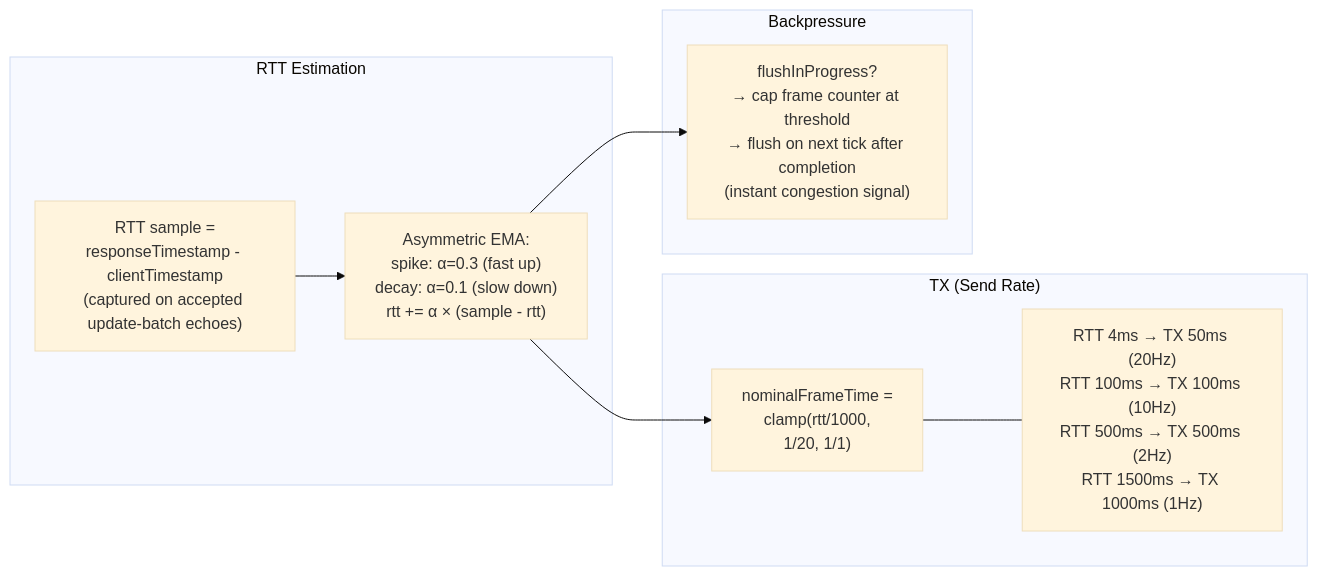
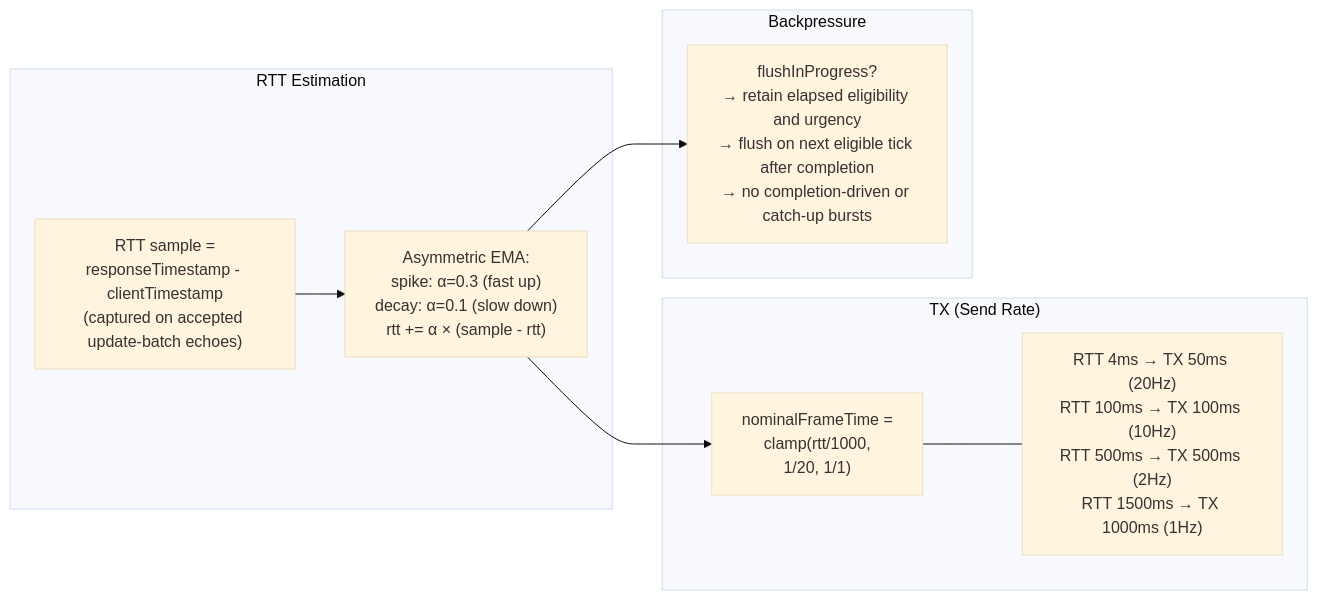
Before and after one commit to badvoidstar/astervoids: diagram 22 of 36 in ARCHITECTURE.md, drawn with Mermaid (base theme). The commit also changed other lines of this file and 29 other files, not shown here.

````diff
--- a/ARCHITECTURE.md
+++ b/ARCHITECTURE.md
@@ -995,21 +1019,21 @@
 ```mermaid
 flowchart LR
     subgraph "RTT Estimation"
         SAMPLE["RTT sample =<br/>responseTimestamp - clientTimestamp<br/>(captured on accepted update-batch echoes)"]
         EMA["Asymmetric EMA:<br/>spike: α=0.3 (fast up)<br/>decay: α=0.1 (slow down)<br/>rtt += α × (sample - rtt)"]
         SAMPLE --> EMA
     end
 
     subgraph "TX (Send Rate)"
         FORMULA["nominalFrameTime =<br/>clamp(rtt/1000,<br/>1/20, 1/1)"]
         TABLE["RTT 4ms → TX 50ms (20Hz)<br/>RTT 100ms → TX 100ms (10Hz)<br/>RTT 500ms → TX 500ms (2Hz)<br/>RTT 1500ms → TX 1000ms (1Hz)"]
         FORMULA --- TABLE
     end
 
     subgraph "Backpressure"
-        BP["flushInProgress?<br/>→ cap frame counter at threshold<br/>→ flush on next tick after completion<br/>(instant congestion signal)"]
+        BP["flushInProgress?<br/>→ retain elapsed eligibility and urgency<br/>→ flush on next eligible tick after completion<br/>→ no completion-driven or catch-up bursts"]
     end
 
     EMA --> FORMULA
     EMA --> BP
 ```
````
